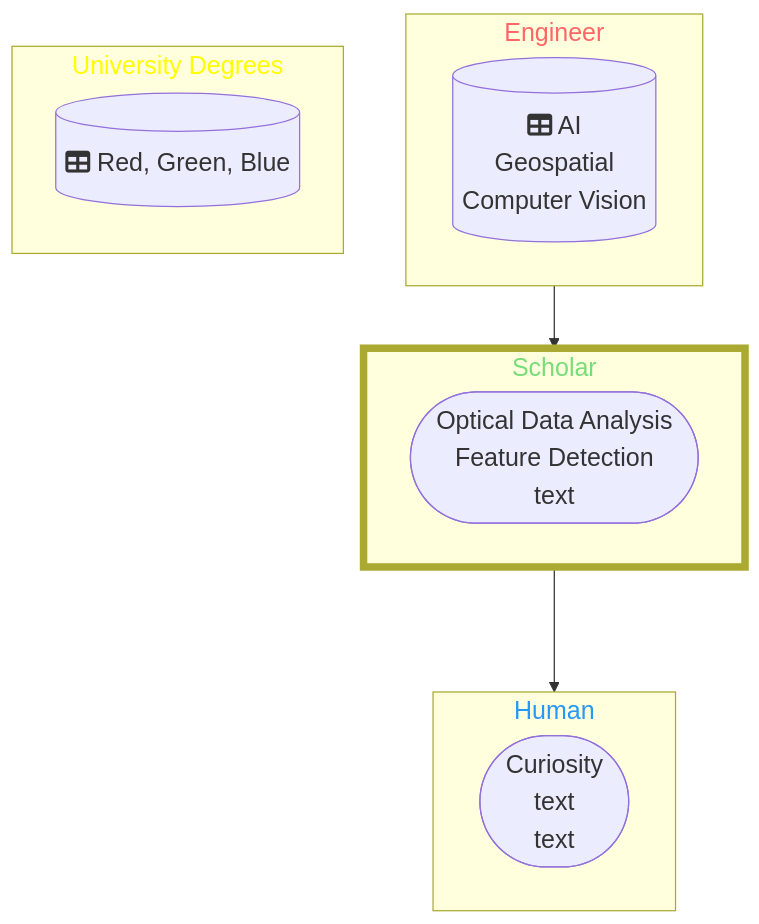
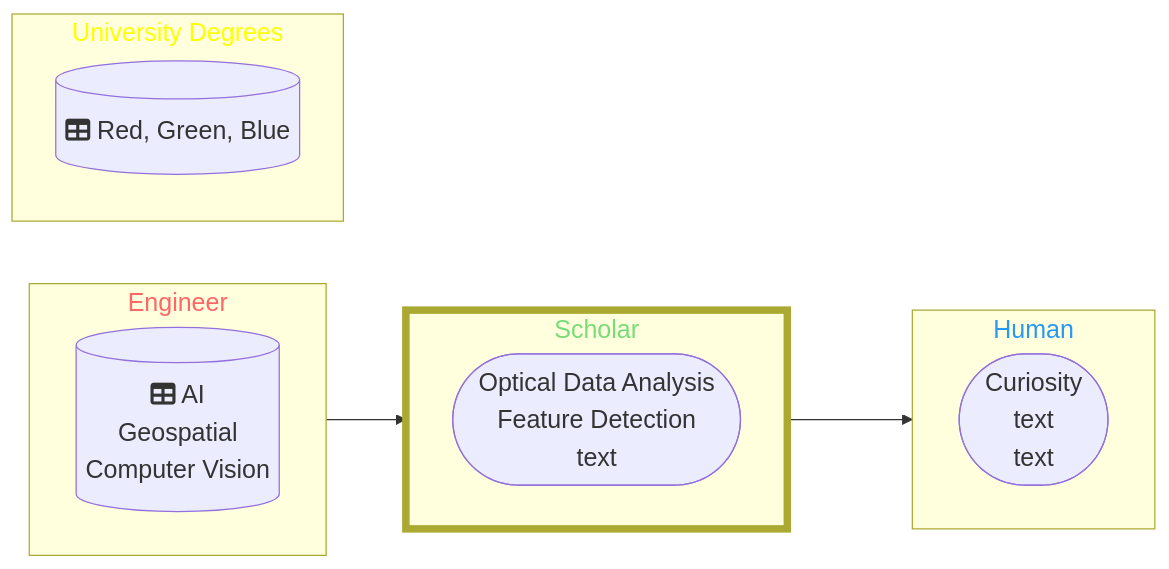
One commit to DippoldEJ/DippoldEJ changed the diagram in README.md. Above: the diagram before and after it, drawn with Mermaid.

````diff
--- a/README.md
+++ b/README.md
@@ -3,38 +3,38 @@
 ```mermaid
-flowchart TD;
+flowchart LR;
 %%{init: {
 	'themeVariables': { 'fontSize': '20px', 'fontFamily': 'Didot'}
 	}
 }%%
 
 subgraph n[Engineer]
 direction LR;
         b[(fa:fa-table AI <br> Geospatial <br> Computer Vision)]
     end
 
 subgraph o[Scholar]
 direction LR;
         j([Optical Data Analysis <br> Feature Detection <br> text])
 
     end
 
  subgraph p[Human]
   direction LR;
     a([Curiosity <br /> text  <br />  text])
     end
 
  subgraph h[University Degrees]
 direction TD;
         r[(fa:fa-table Red, Green, Blue)]
     end
 
 style n color:#f66
 style o stroke-width:6px
 style o color:#77DD77
 style p color:#2798F5
 style h color:#FFFF00
 
 n-->o
 o-->p
 
 ```
````
